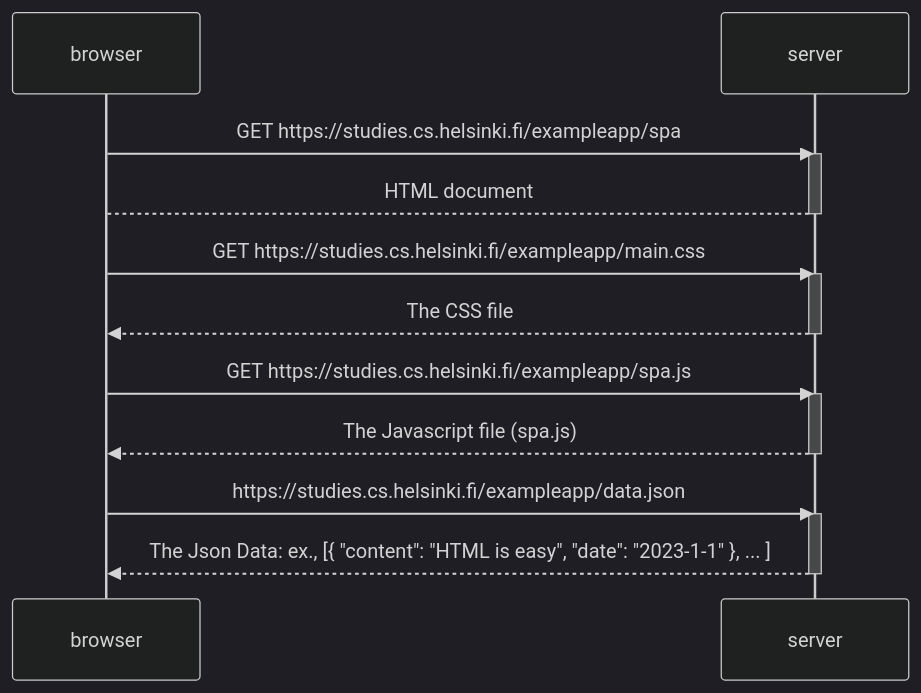
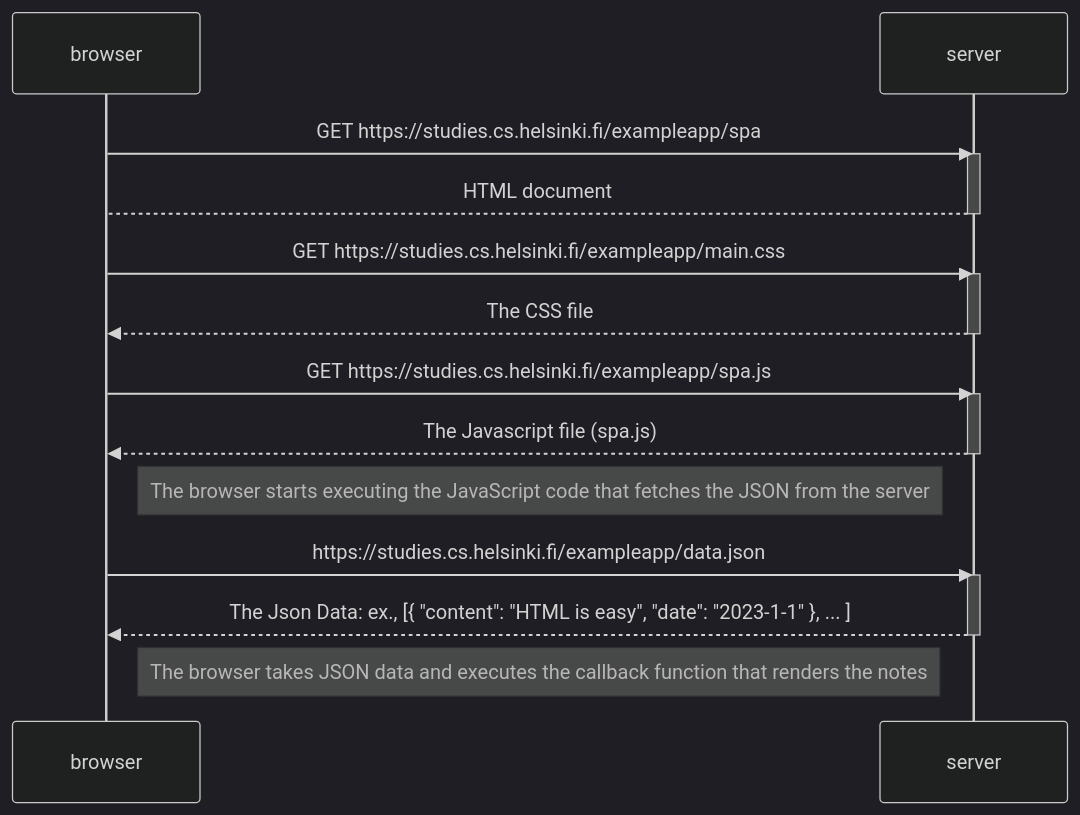
Before and after one commit to yashulilhare/fso-submissions: the second of 3 diagrams in part0/README.md, drawn with Mermaid (dark theme). The commit also changed other lines of this file, not shown here.

````diff
--- a/part0/README.md
+++ b/part0/README.md
@@ -48,25 +48,27 @@
 ```mermaid
 sequenceDiagram
     participant browser
     participant server
 
     browser->>server: GET https://studies.cs.helsinki.fi/exampleapp/spa
     activate server
     server-->browser: HTML document
     deactivate server
 
     browser->>server: GET https://studies.cs.helsinki.fi/exampleapp/main.css
     activate server
     server-->>browser: The CSS file
     deactivate server
 
     browser->>server: GET https://studies.cs.helsinki.fi/exampleapp/spa.js
     activate server
     server-->>browser: The Javascript file (spa.js)
     deactivate server
+    Note right of browser: The browser starts executing the JavaScript code that fetches the JSON from the server
 
     browser->>server: https://studies.cs.helsinki.fi/exampleapp/data.json
     activate server
     server-->>browser: The Json Data: ex., [{ "content": "HTML is easy", "date": "2023-1-1" }, ... ]
     deactivate server
+    Note right of browser: The browser takes JSON data and executes the callback function that renders the notes
 ```
````
